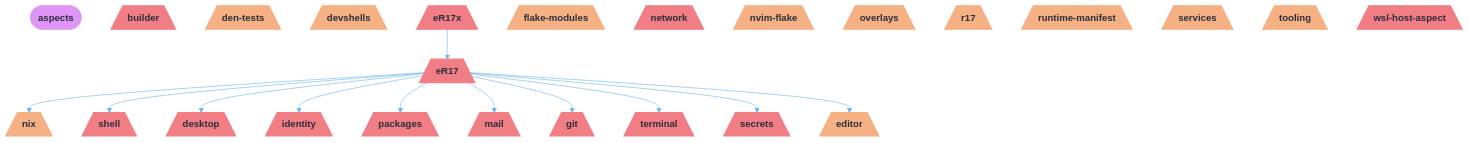
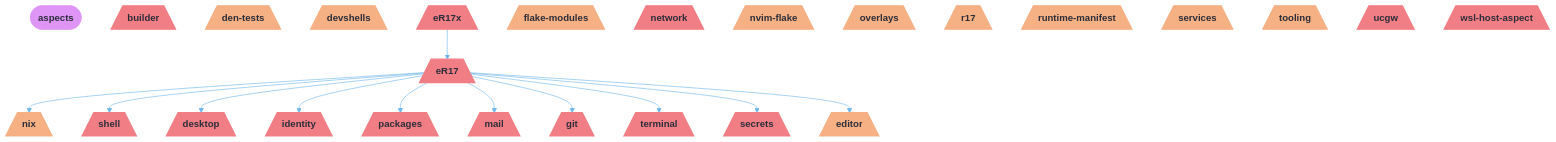
Before and after one commit to r17x/universe: the first of 5 diagrams in README.md, drawn with Mermaid. The commit also changed other lines of this file and 4 other files, not shown here.

````diff
--- a/README.md
+++ b/README.md
@@ -75,67 +75,69 @@
 ```mermaid
 %%{init: {"theme":"base","themeVariables":{"activationBkgColor":"#EC7279","activationBorderColor":"#EF9F76","actorBkg":"#EC7279","actorBorder":"#6CB6EB","actorLineColor":"#6CB6EB","actorTextColor":"#D38AEA","background":"#2B2D3A","classText":"#D38AEA","clusterBkg":"#EC7279","clusterBorder":"#EF9F76","edgeLabelBackground":"#2B2D3A","labelBoxBkgColor":"#EC7279","labelBoxBorderColor":"#6CB6EB","labelTextColor":"#D38AEA","lineColor":"#6CB6EB","loopTextColor":"#D38AEA","mainBkg":"#EC7279","nodeBkg":"#EC7279","nodeBorder":"#6CB6EB","nodeTextColor":"#D38AEA","noteBkgColor":"#EC7279","noteBorderColor":"#EF9F76","noteTextColor":"#D38AEA","pie1":"#3D3D40","pie2":"#F17E84","pie3":"#B1D48B","pie4":"#F5B083","pie5":"#7EC1F5","pie6":"#DE95F5","pie7":"#68C7CD","pie8":"#F0F4FA","pieLegendTextColor":"#D38AEA","pieOuterStrokeColor":"#EF9F76","pieSectionTextColor":"#D38AEA","pieStrokeColor":"#EF9F76","pieTitleTextColor":"#D38AEA","primaryBorderColor":"#6CB6EB","primaryColor":"#EC7279","primaryTextColor":"#D38AEA","secondBkg":"#EC7279","secondaryBorderColor":"#EF9F76","secondaryColor":"#EC7279","secondaryTextColor":"#D38AEA","sequenceNumberColor":"#2B2D3A","signalColor":"#6CB6EB","signalTextColor":"#D38AEA","tertiaryBorderColor":"#EF9F76","tertiaryColor":"#EC7279","tertiaryTextColor":"#D38AEA","textColor":"#D38AEA","titleColor":"#D38AEA"}}}%%
 graph TD
   aspects([aspects]):::root
   builder[/"builder"\]:::builder_c
   den_tests[/"den-tests"\]:::den_tests_c
   desktop[/"desktop"\]:::desktop_c
   devshells[/"devshells"\]:::devshells_c
   eR17[/"eR17"\]:::eR17_c
   eR17x[/"eR17x"\]:::eR17x_c
   editor[/"editor"\]:::editor_c
   flake_modules[/"flake-modules"\]:::flake_modules_c
   git[/"git"\]:::git_c
   identity[/"identity"\]:::identity_c
   mail[/"mail"\]:::mail_c
   network[/"network"\]:::network_c
   nix[/"nix"\]:::nix_c
   nvim_flake[/"nvim-flake"\]:::nvim_flake_c
   overlays[/"overlays"\]:::overlays_c
   packages[/"packages"\]:::packages_c
   r17[/"r17"\]:::r17_c
   runtime_manifest[/"runtime-manifest"\]:::runtime_manifest_c
   secrets[/"secrets"\]:::secrets_c
   services[/"services"\]:::services_c
   shell[/"shell"\]:::shell_c
   terminal[/"terminal"\]:::terminal_c
   tooling[/"tooling"\]:::tooling_c
+  ucgw[/"ucgw"\]:::ucgw_c
   wsl_host_aspect[/"wsl-host-aspect"\]:::wsl_host_aspect_c
 
   eR17 --> nix
   eR17 --> shell
   eR17 --> desktop
   eR17 --> identity
   eR17 --> packages
   eR17 --> mail
   eR17 --> git
   eR17 --> terminal
   eR17 --> secrets
   eR17 --> editor
   eR17x --> eR17
 
   classDef root fill:#DE95F5,stroke:#DE95F5,color:#2B2D3A,font-weight:bold
   classDef builder_c fill:#F17E84,stroke:#F17E84,color:#2B2D3A,stroke-width:2px
   classDef den_tests_c fill:#F5B083,stroke:#F5B083,color:#2B2D3A,stroke-width:2px
   classDef desktop_c fill:#F17E84,stroke:#F17E84,color:#2B2D3A,stroke-width:2px
   classDef devshells_c fill:#F5B083,stroke:#F5B083,color:#2B2D3A,stroke-width:2px
   classDef eR17_c fill:#F17E84,stroke:#F17E84,color:#2B2D3A,stroke-width:2px
   classDef eR17x_c fill:#F17E84,stroke:#F17E84,color:#2B2D3A,stroke-width:2px
   classDef editor_c fill:#F5B083,stroke:#F5B083,color:#2B2D3A,stroke-width:2px
   classDef flake_modules_c fill:#F5B083,stroke:#F5B083,color:#2B2D3A,stroke-width:2px
   classDef git_c fill:#F17E84,stroke:#F17E84,color:#2B2D3A,stroke-width:2px
   classDef identity_c fill:#F17E84,stroke:#F17E84,color:#2B2D3A,stroke-width:2px
   classDef mail_c fill:#F17E84,stroke:#F17E84,color:#2B2D3A,stroke-width:2px
   classDef network_c fill:#F17E84,stroke:#F17E84,color:#2B2D3A,stroke-width:2px
   classDef nix_c fill:#F5B083,stroke:#F5B083,color:#2B2D3A,stroke-width:2px
   classDef nvim_flake_c fill:#F5B083,stroke:#F5B083,color:#2B2D3A,stroke-width:2px
   classDef overlays_c fill:#F5B083,stroke:#F5B083,color:#2B2D3A,stroke-width:2px
   classDef packages_c fill:#F17E84,stroke:#F17E84,color:#2B2D3A,stroke-width:2px
   classDef r17_c fill:#F5B083,stroke:#F5B083,color:#2B2D3A,stroke-width:2px
   classDef runtime_manifest_c fill:#F5B083,stroke:#F5B083,color:#2B2D3A,stroke-width:2px
   classDef secrets_c fill:#F17E84,stroke:#F17E84,color:#2B2D3A,stroke-width:2px
   classDef services_c fill:#F5B083,stroke:#F5B083,color:#2B2D3A,stroke-width:2px
   classDef shell_c fill:#F17E84,stroke:#F17E84,color:#2B2D3A,stroke-width:2px
   classDef terminal_c fill:#F17E84,stroke:#F17E84,color:#2B2D3A,stroke-width:2px
   classDef tooling_c fill:#F5B083,stroke:#F5B083,color:#2B2D3A,stroke-width:2px
+  classDef ucgw_c fill:#F17E84,stroke:#F17E84,color:#2B2D3A,stroke-width:2px
   classDef wsl_host_aspect_c fill:#F17E84,stroke:#F17E84,color:#2B2D3A,stroke-width:2px
 ```
````
